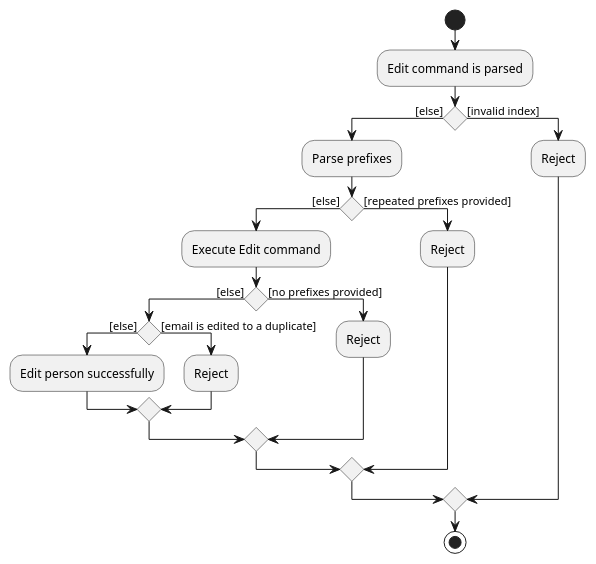
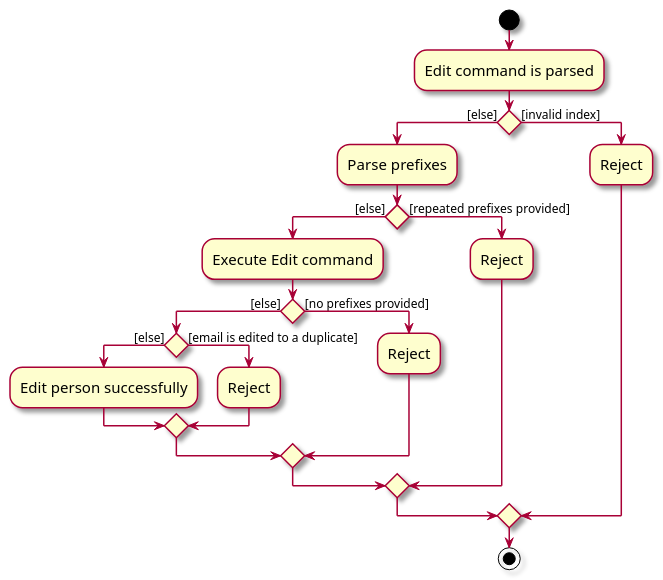
The diagram in docs/diagrams/EditCommandActivityDiagram.puml (jayllo-c/tp), drawn with PlantUML before and after one commit. The commit also changed 5 other files, not shown here.

First line of the commit message:
Style: update activity diagrams with ab3 styling

```diff
--- a/docs/diagrams/EditCommandActivityDiagram.puml
+++ b/docs/diagrams/EditCommandActivityDiagram.puml
@@ -1,26 +1,29 @@
 @startuml
+skin rose
+skinparam ActivityFontSize 15
+skinparam ArrowFontSize 12
 
 start
 :Edit command is parsed;
 
 if () then ([else])
   :Parse prefixes;
   if () then ([else])
     :Execute Edit command;
     if () is ([else]) then
       if () is ([else]) then
         :Edit person successfully;
       else ([email is edited to a duplicate])
         :Reject;
       endif
     else ([no prefixes provided])
       :Reject;
     endif
   else ([repeated prefixes provided])
     :Reject;
   endif
 else ([invalid index])
   :Reject;
 endif;
 stop
 @enduml
```
